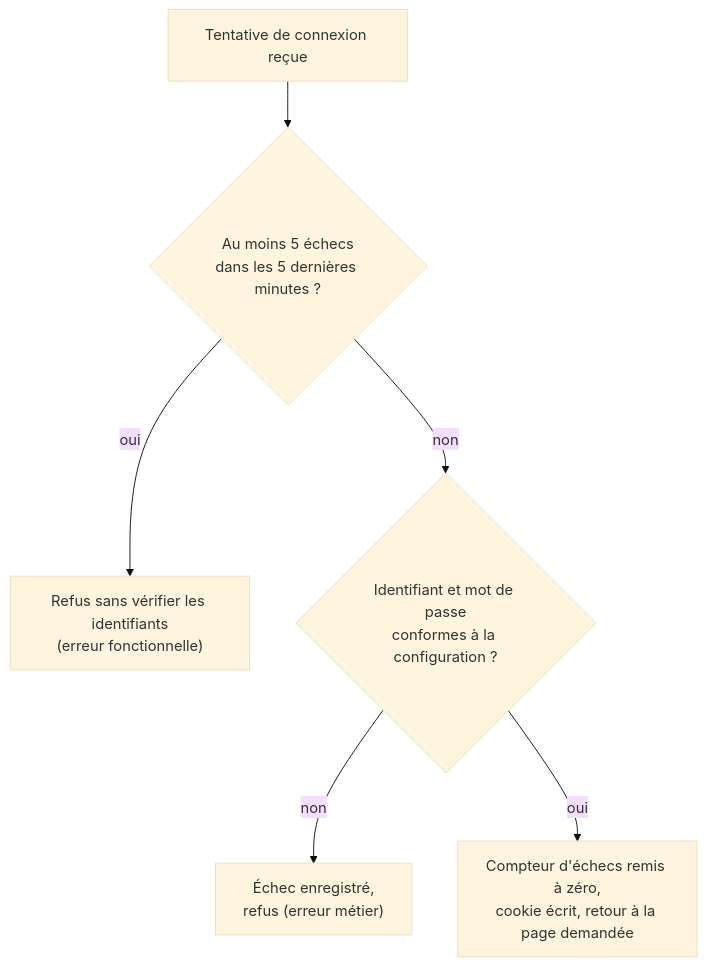
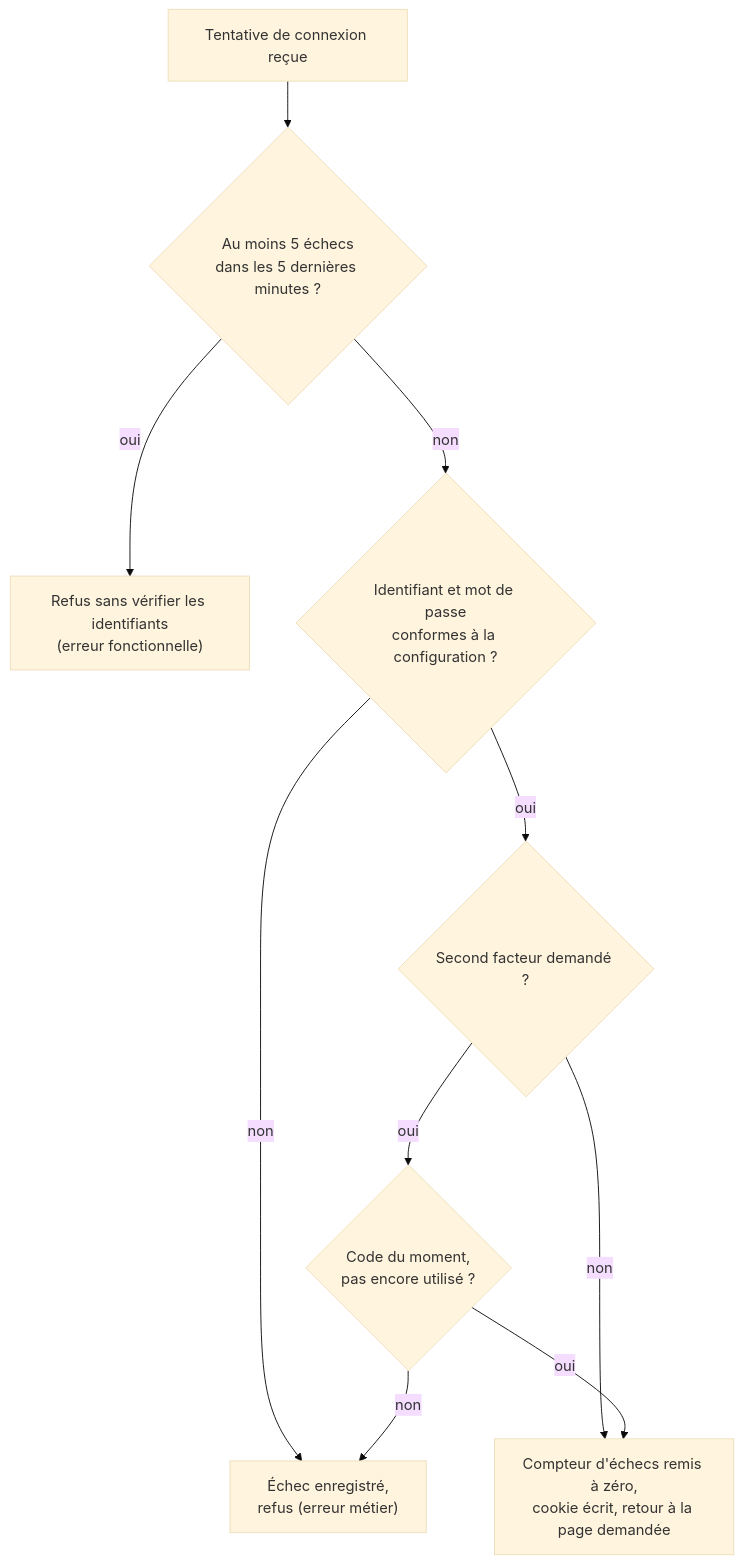
The second of 3 diagrams in docs/tech/mecanismes/authentification-et-appels-internes.md (Tetram76/bdtheque-claude), drawn with Mermaid (base theme) before and after one commit. The commit also changed other lines of this file and 42 other files, not shown here.

First line of the commit message:
feat(admin): second facteur TOTP et sessions bornées pour l'administration (#681)

````diff
--- a/docs/tech/mecanismes/authentification-et-appels-internes.md
+++ b/docs/tech/mecanismes/authentification-et-appels-internes.md
@@ -43,8 +44,12 @@
 ```mermaid
 flowchart TD
     tentative["Tentative de connexion reçue"] --> bloquee{"Au moins 5 échecs<br/>dans les 5 dernières minutes ?"}
     bloquee -- "oui" --> refus_trop["Refus sans vérifier les identifiants<br/>(erreur fonctionnelle)"]
     bloquee -- "non" --> valides{"Identifiant et mot de passe<br/>conformes à la configuration ?"}
     valides -- "non" --> echec["Échec enregistré,<br/>refus (erreur métier)"]
-    valides -- "oui" --> accepte["Compteur d'échecs remis à zéro,<br/>cookie écrit, retour à la page demandée"]
+    valides -- "oui" --> facteur{"Second facteur demandé ?"}
+    facteur -- "non" --> accepte["Compteur d'échecs remis à zéro,<br/>cookie écrit, retour à la page demandée"]
+    facteur -- "oui" --> code{"Code du moment,<br/>pas encore utilisé ?"}
+    code -- "non" --> echec
+    code -- "oui" --> accepte
 ```
````
